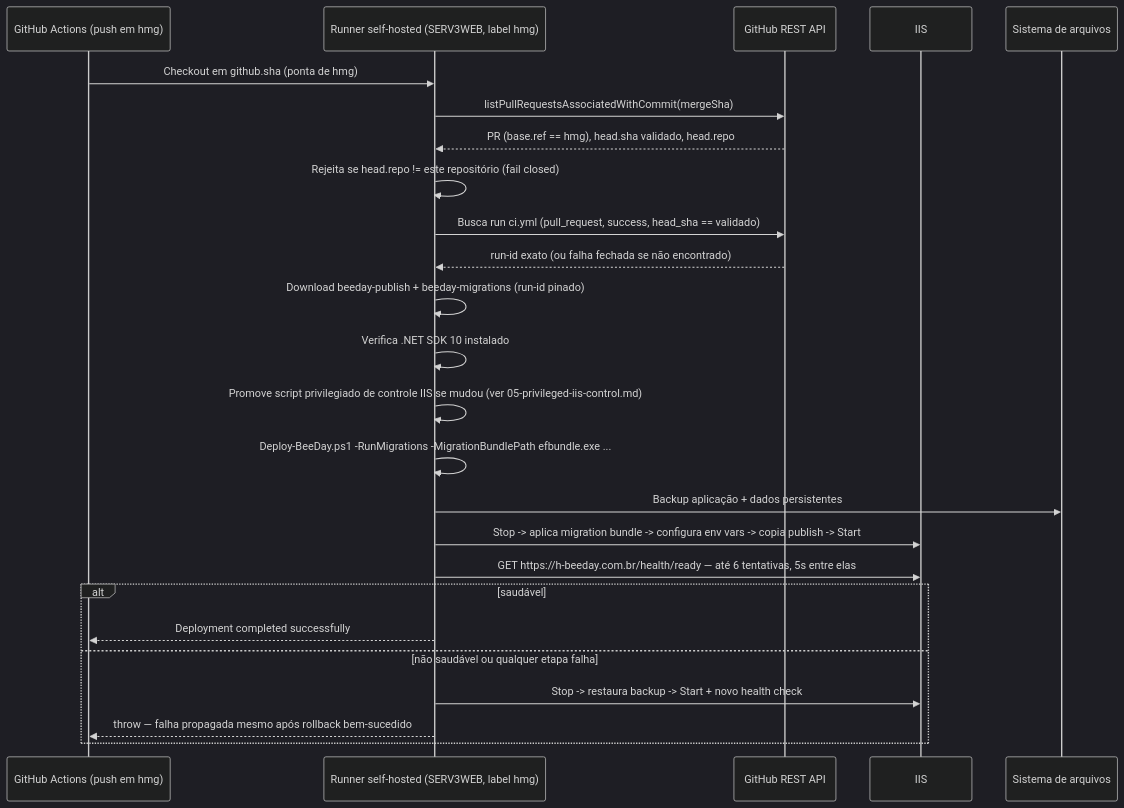
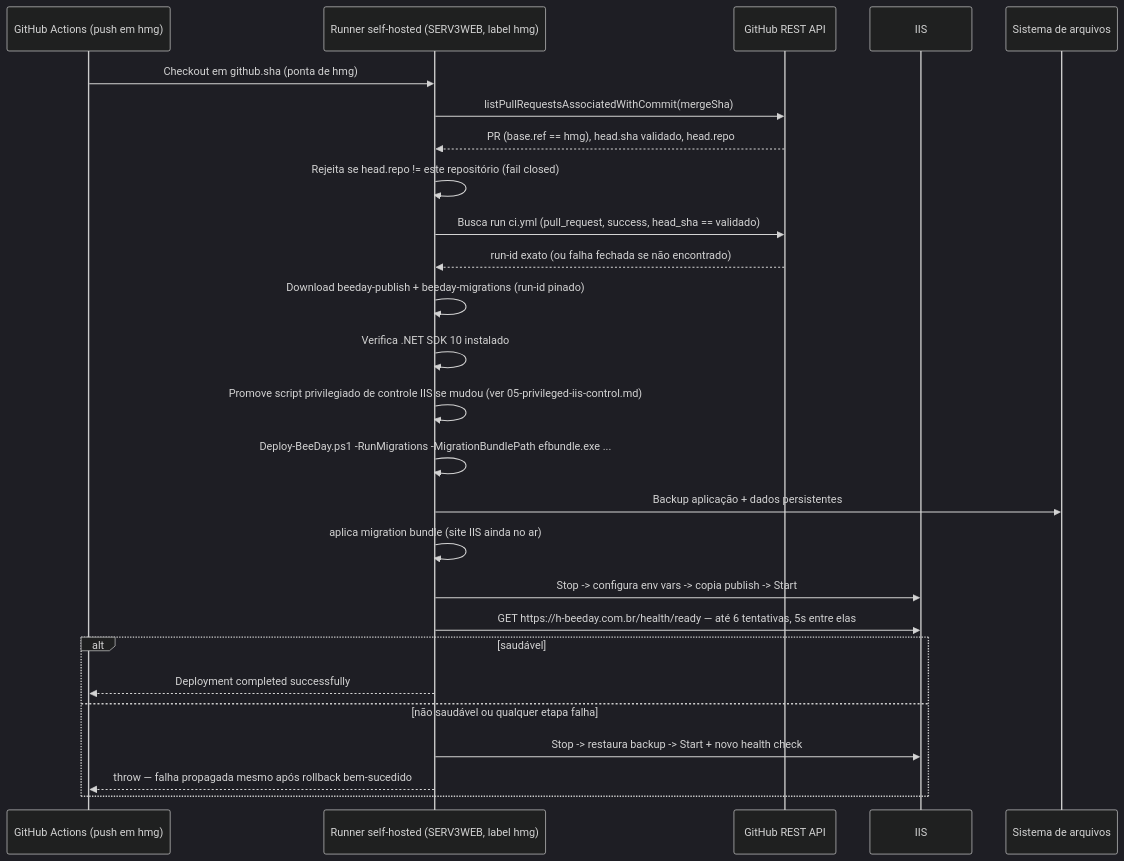
The second of 3 diagrams in docs/deployment/01-deployment.md (DS-Asyst/BeeDay), drawn with Mermaid (dark theme) before and after one commit. The commit also changed other lines of this file and 3 other files, not shown here.

````diff
--- a/docs/deployment/01-deployment.md
+++ b/docs/deployment/01-deployment.md
@@ -95,28 +95,29 @@
 ```mermaid
 sequenceDiagram
     participant GH as GitHub Actions (push em hmg)
     participant Runner as Runner self-hosted (SERV3WEB, label hmg)
     participant API as GitHub REST API
     participant IIS
     participant FS as Sistema de arquivos
 
     GH->>Runner: Checkout em github.sha (ponta de hmg)
     Runner->>API: listPullRequestsAssociatedWithCommit(mergeSha)
     API-->>Runner: PR (base.ref == hmg), head.sha validado, head.repo
     Runner->>Runner: Rejeita se head.repo != este repositório (fail closed)
     Runner->>API: Busca run ci.yml (pull_request, success, head_sha == validado)
     API-->>Runner: run-id exato (ou falha fechada se não encontrado)
     Runner->>Runner: Download beeday-publish + beeday-migrations (run-id pinado)
     Runner->>Runner: Verifica .NET SDK 10 instalado
     Runner->>Runner: Promove script privilegiado de controle IIS se mudou (ver 05-privileged-iis-control.md)
     Runner->>Runner: Deploy-BeeDay.ps1 -RunMigrations -MigrationBundlePath efbundle.exe ...
     Runner->>FS: Backup aplicação + dados persistentes
-    Runner->>IIS: Stop -> aplica migration bundle -> configura env vars -> copia publish -> Start
+    Runner->>Runner: aplica migration bundle (site IIS ainda no ar)
+    Runner->>IIS: Stop -> configura env vars -> copia publish -> Start
     Runner->>IIS: GET https://h-beeday.com.br/health/ready — até 6 tentativas, 5s entre elas
     alt saudável
         Runner-->>GH: Deployment completed successfully
     else não saudável ou qualquer etapa falha
         Runner->>IIS: Stop -> restaura backup -> Start + novo health check
         Runner-->>GH: throw — falha propagada mesmo após rollback bem-sucedido
     end
 ```
````
